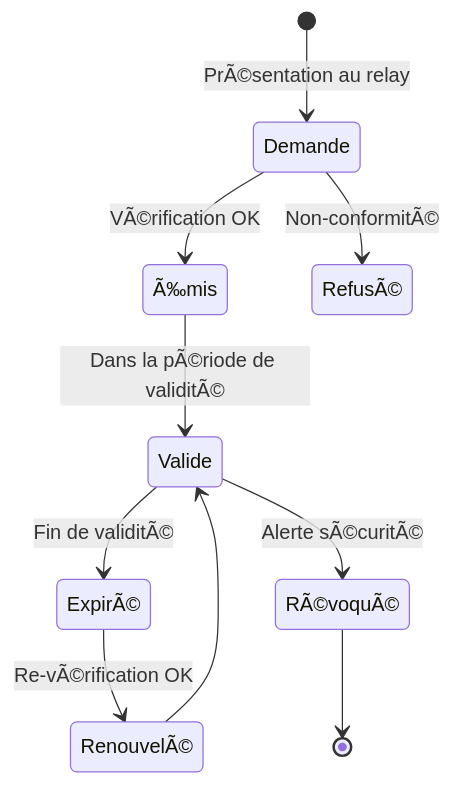
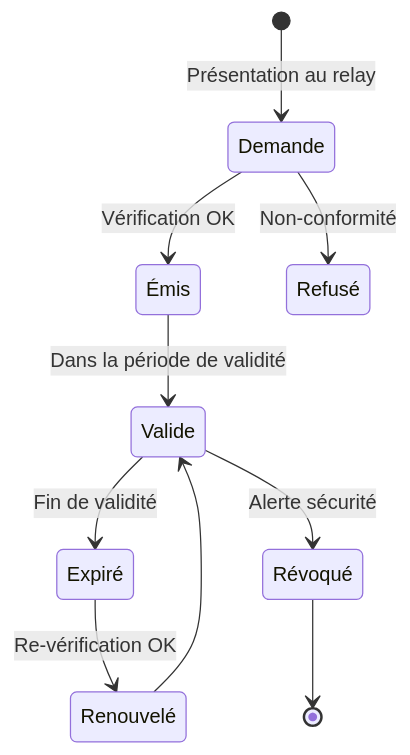
Before and after one commit to StudioMiyukini/miyukini_cog: the seventh of 7 diagrams in docs/miyukini-webway-system/verification/MWS - Passeport et Visa.md, drawn with Mermaid. The commit also changed other lines of this file and 564 other files, not shown here.

````diff
--- a/docs/miyukini-webway-system/verification/MWS - Passeport et Visa.md
+++ b/docs/miyukini-webway-system/verification/MWS - Passeport et Visa.md
@@ -474,12 +474,12 @@
 ```mermaid
 stateDiagram-v2
-    [*] --> Demande: PrÃ©sentation au relay
-    Demande --> Ã‰mis: VÃ©rification OK
-    Demande --> RefusÃ©: Non-conformitÃ©
-    Ã‰mis --> Valide: Dans la pÃ©riode de validitÃ©
-    Valide --> ExpirÃ©: Fin de validitÃ©
-    ExpirÃ© --> RenouvelÃ©: Re-vÃ©rification OK
-    Valide --> RÃ©voquÃ©: Alerte sÃ©curitÃ©
-    RÃ©voquÃ© --> [*]
-    RenouvelÃ© --> Valide
+    [*] --> Demande: Présentation au relay
+    Demande --> Émis: Vérification OK
+    Demande --> Refusé: Non-conformité
+    Émis --> Valide: Dans la période de validité
+    Valide --> Expiré: Fin de validité
+    Expiré --> Renouvelé: Re-vérification OK
+    Valide --> Révoqué: Alerte sécurité
+    Révoqué --> [*]
+    Renouvelé --> Valide
 ```
````
